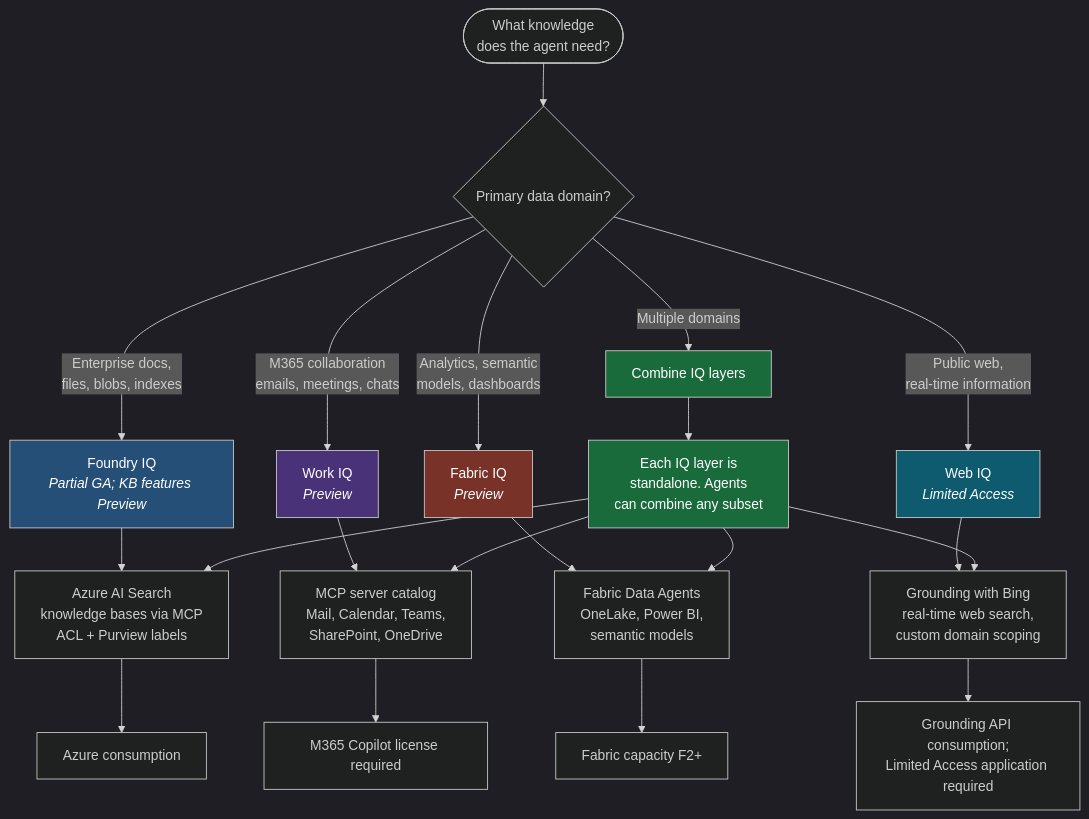
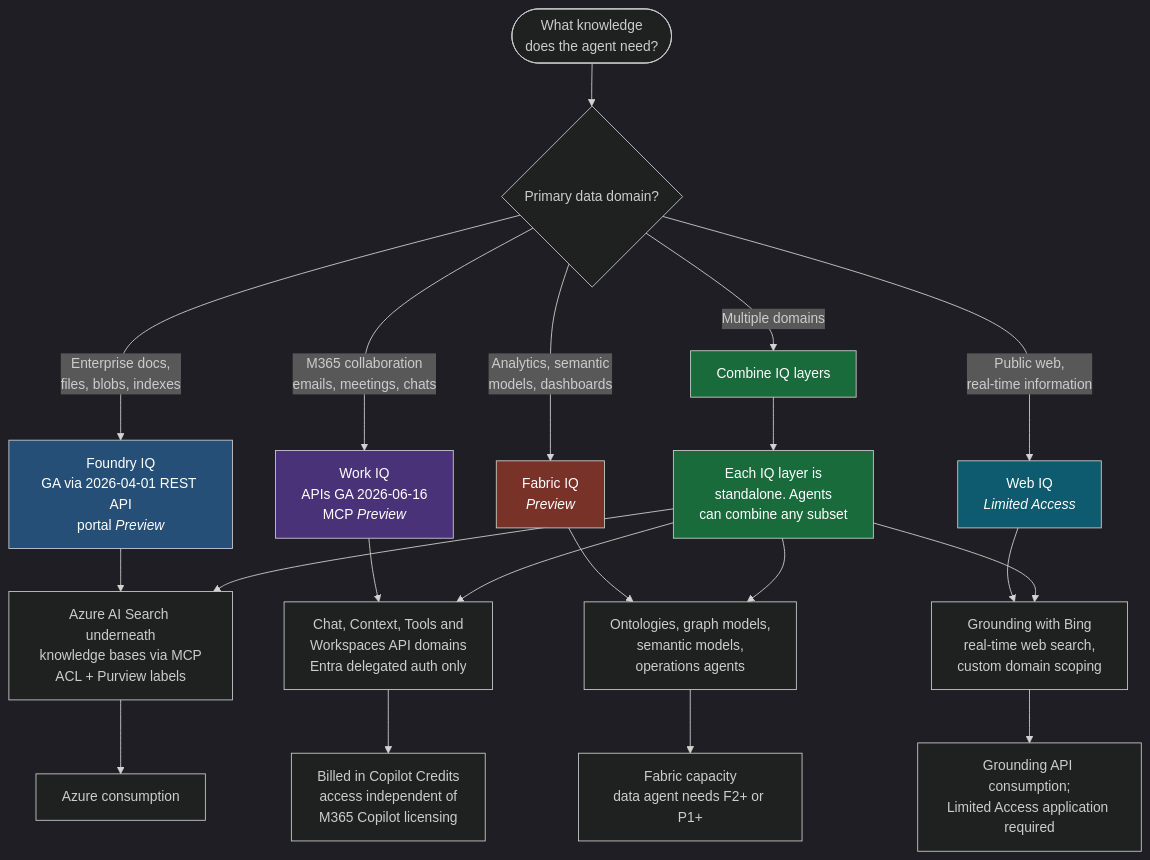
Before and after one commit to microsoft/Microsoft-AI-Decision-Framework: the tenth of 10 diagrams in docs/visual-framework.md, drawn with Mermaid. The commit also changed other lines of this file and 23 other files, not shown here.

````diff
--- a/docs/visual-framework.md
+++ b/docs/visual-framework.md
@@ -1052,35 +1146,35 @@
 ```mermaid
 %%{init: {'theme':'dark'}}%%
 flowchart TD
     Start([What knowledge<br/>does the agent need?]) --> Domain{Primary data domain?}
 
-    Domain -->|Enterprise docs,<br/>files, blobs, indexes| FIQ[Foundry IQ<br/><i>Partial GA; KB features Preview</i>]
-    Domain -->|M365 collaboration<br/>emails, meetings, chats| WIQ[Work IQ<br/><i>Preview</i>]
+    Domain -->|Enterprise docs,<br/>files, blobs, indexes| FIQ[Foundry IQ<br/>GA via 2026-04-01 REST API<br/>portal <i>Preview</i>]
+    Domain -->|M365 collaboration<br/>emails, meetings, chats| WIQ[Work IQ<br/>APIs GA 2026-06-16<br/>MCP <i>Preview</i>]
     Domain -->|Analytics, semantic<br/>models, dashboards| FBIQ[Fabric IQ<br/><i>Preview</i>]
     Domain -->|Public web,<br/>real-time information| WEBIQ[Web IQ<br/><i>Limited Access</i>]
     Domain -->|Multiple domains| Multi[Combine IQ layers]
 
-    FIQ --> FIQ_Detail[Azure AI Search<br/>knowledge bases via MCP<br/>ACL + Purview labels]
-    WIQ --> WIQ_Detail[MCP server catalog<br/>Mail, Calendar, Teams,<br/>SharePoint, OneDrive]
-    FBIQ --> FBIQ_Detail[Fabric Data Agents<br/>OneLake, Power BI,<br/>semantic models]
+    FIQ --> FIQ_Detail[Azure AI Search underneath<br/>knowledge bases via MCP<br/>ACL + Purview labels]
+    WIQ --> WIQ_Detail[Chat, Context, Tools and<br/>Workspaces API domains<br/>Entra delegated auth only]
+    FBIQ --> FBIQ_Detail[Ontologies, graph models,<br/>semantic models,<br/>operations agents]
     WEBIQ --> WEBIQ_Detail[Grounding with Bing<br/>real-time web search,<br/>custom domain scoping]
 
     Multi --> Combine[Each IQ layer is<br/>standalone. Agents<br/>can combine any subset]
 
     Combine --> FIQ_Detail
     Combine --> WIQ_Detail
     Combine --> FBIQ_Detail
     Combine --> WEBIQ_Detail
 
     FIQ_Detail --> License1[Azure consumption]
-    WIQ_Detail --> License2[M365 Copilot license required]
-    FBIQ_Detail --> License3[Fabric capacity F2+]
+    WIQ_Detail --> License2[Billed in Copilot Credits<br/>access independent of<br/>M365 Copilot licensing]
+    FBIQ_Detail --> License3[Fabric capacity<br/>data agent needs F2+ or P1+]
     WEBIQ_Detail --> License4[Grounding API consumption;<br/>Limited Access application required]
 
     style FIQ fill:#264f78,color:#fff
     style WIQ fill:#4a3278,color:#fff
     style FBIQ fill:#783228,color:#fff
     style WEBIQ fill:#0e5a6f,color:#fff
     style Multi fill:#1a6b3c,color:#fff
     style Combine fill:#1a6b3c,color:#fff
 ```
````
